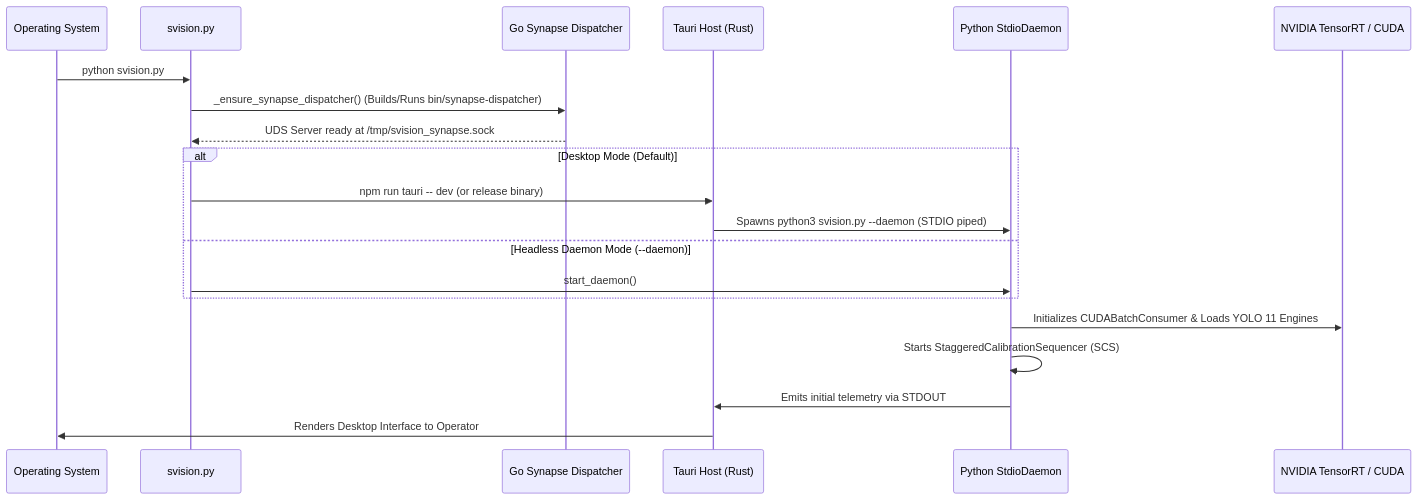
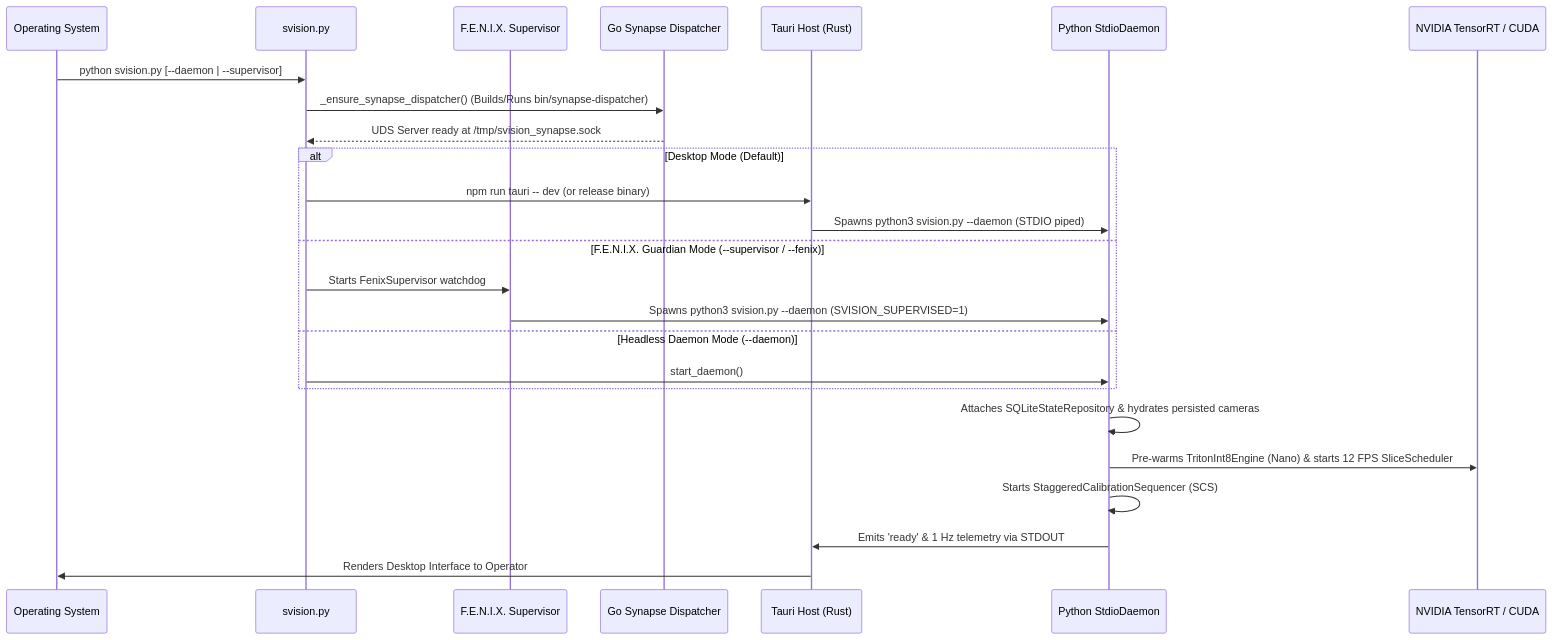
Before and after one commit to Noxfort-Systems-Brazil/SVISION: the diagram in docs/architecture-overview.md, drawn with Mermaid. The commit also changed other lines of this file and 220 other files, not shown here.

Commit message:
feat(core): implement fenix supervisor, fluid flow estimator, ui optimizations and documentation

````diff
--- a/docs/architecture-overview.md
+++ b/docs/architecture-overview.md
@@ -96,23 +97,28 @@
 ```mermaid
 sequenceDiagram
     participant OS as Operating System
     participant Boot as svision.py
+    participant Fenix as F.E.N.I.X. Supervisor
     participant Go as Go Synapse Dispatcher
     participant Tauri as Tauri Host (Rust)
     participant Python as Python StdioDaemon
     participant GPU as NVIDIA TensorRT / CUDA
 
-    OS->>Boot: python svision.py
+    OS->>Boot: python svision.py [--daemon | --supervisor]
     Boot->>Go: _ensure_synapse_dispatcher() (Builds/Runs bin/synapse-dispatcher)
     Go-->>Boot: UDS Server ready at /tmp/svision_synapse.sock
     alt Desktop Mode (Default)
         Boot->>Tauri: npm run tauri -- dev (or release binary)
         Tauri->>Python: Spawns python3 svision.py --daemon (STDIO piped)
+    else F.E.N.I.X. Guardian Mode (--supervisor / --fenix)
+        Boot->>Fenix: Starts FenixSupervisor watchdog
+        Fenix->>Python: Spawns python3 svision.py --daemon (SVISION_SUPERVISED=1)
     else Headless Daemon Mode (--daemon)
         Boot->>Python: start_daemon()
     end
-    Python->>GPU: Initializes CUDABatchConsumer & Loads YOLO 11 Engines
+    Python->>Python: Attaches SQLiteStateRepository & hydrates persisted cameras
+    Python->>GPU: Pre-warms TritonInt8Engine (Nano) & starts 12 FPS SliceScheduler
     Python->>Python: Starts StaggeredCalibrationSequencer (SCS)
-    Python->>Tauri: Emits initial telemetry via STDOUT
+    Python->>Tauri: Emits 'ready' & 1 Hz telemetry via STDOUT
     Tauri->>OS: Renders Desktop Interface to Operator
 ```
````
